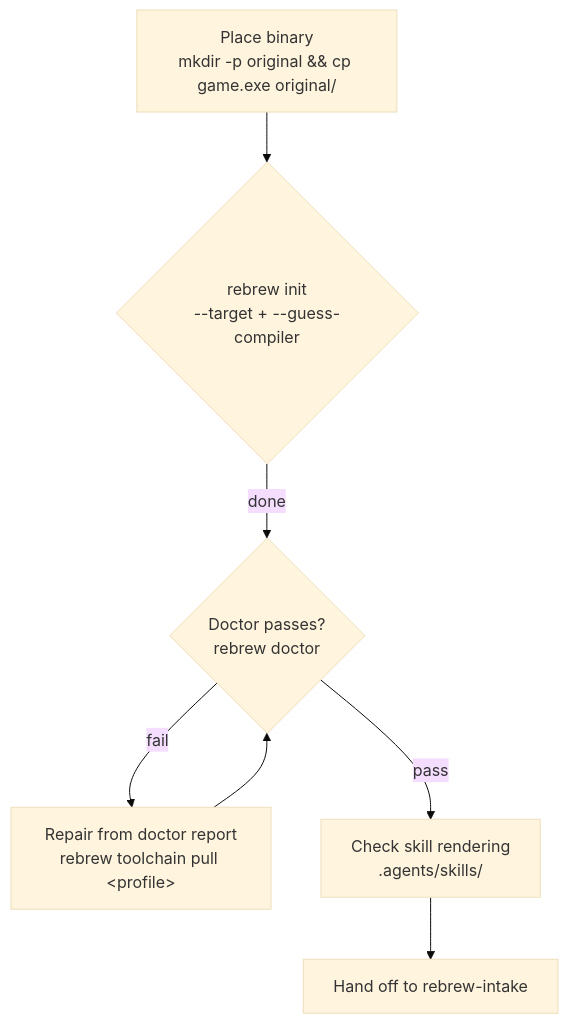
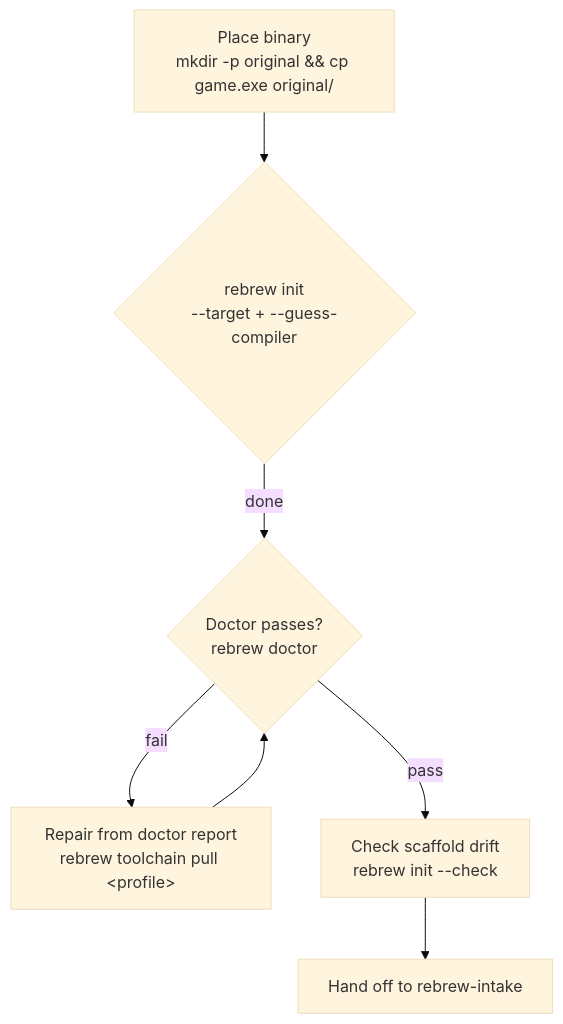
Before and after one commit to maci0/rebrew: the diagram in .agents/skills/rebrew-init/SKILL.md, drawn with Mermaid (base theme). The commit also changed other lines of this file and 3 other files, not shown here.

````diff
--- a/.agents/skills/rebrew-init/SKILL.md
+++ b/.agents/skills/rebrew-init/SKILL.md
@@ -15,9 +15,9 @@
 ```mermaid
 graph TD
     Place[Place binary<br/>mkdir -p original && cp game.exe original/] --> Init
     Init{rebrew init<br/>--target + --guess-compiler} -->|done| Doctor{Doctor passes?<br/>rebrew doctor}
     Doctor -->|fail| Fix[Repair from doctor report<br/>rebrew toolchain pull &lt;profile&gt;]
     Fix --> Doctor
-    Doctor -->|pass| Skills[Check skill rendering<br/>.agents/skills/]
+    Doctor -->|pass| Skills[Check scaffold drift<br/>rebrew init --check]
     Skills --> Handoff[Hand off to rebrew-intake]
 ```
````
